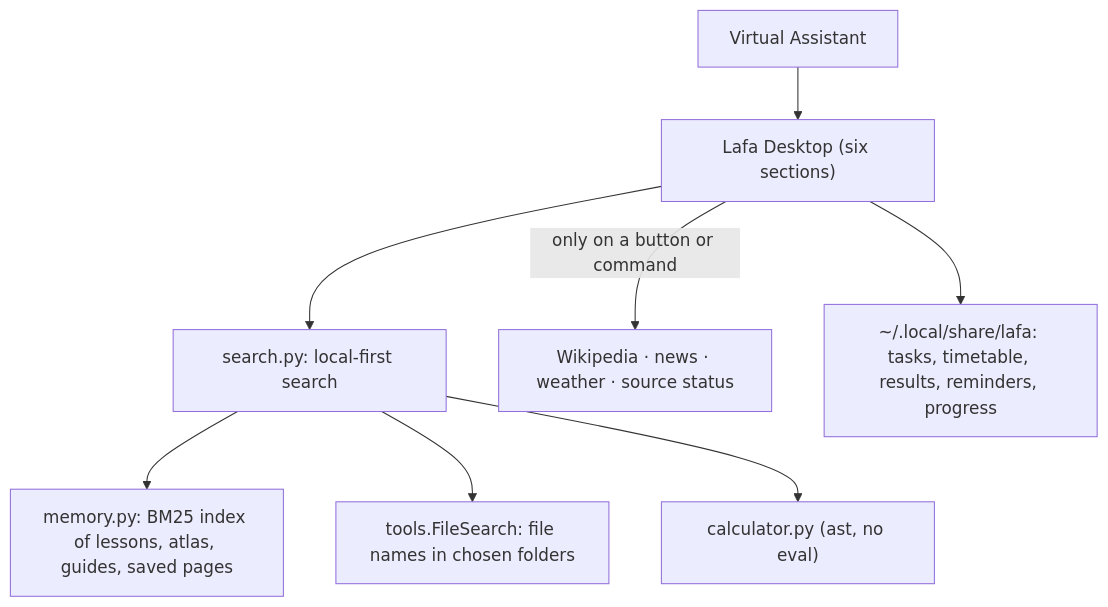
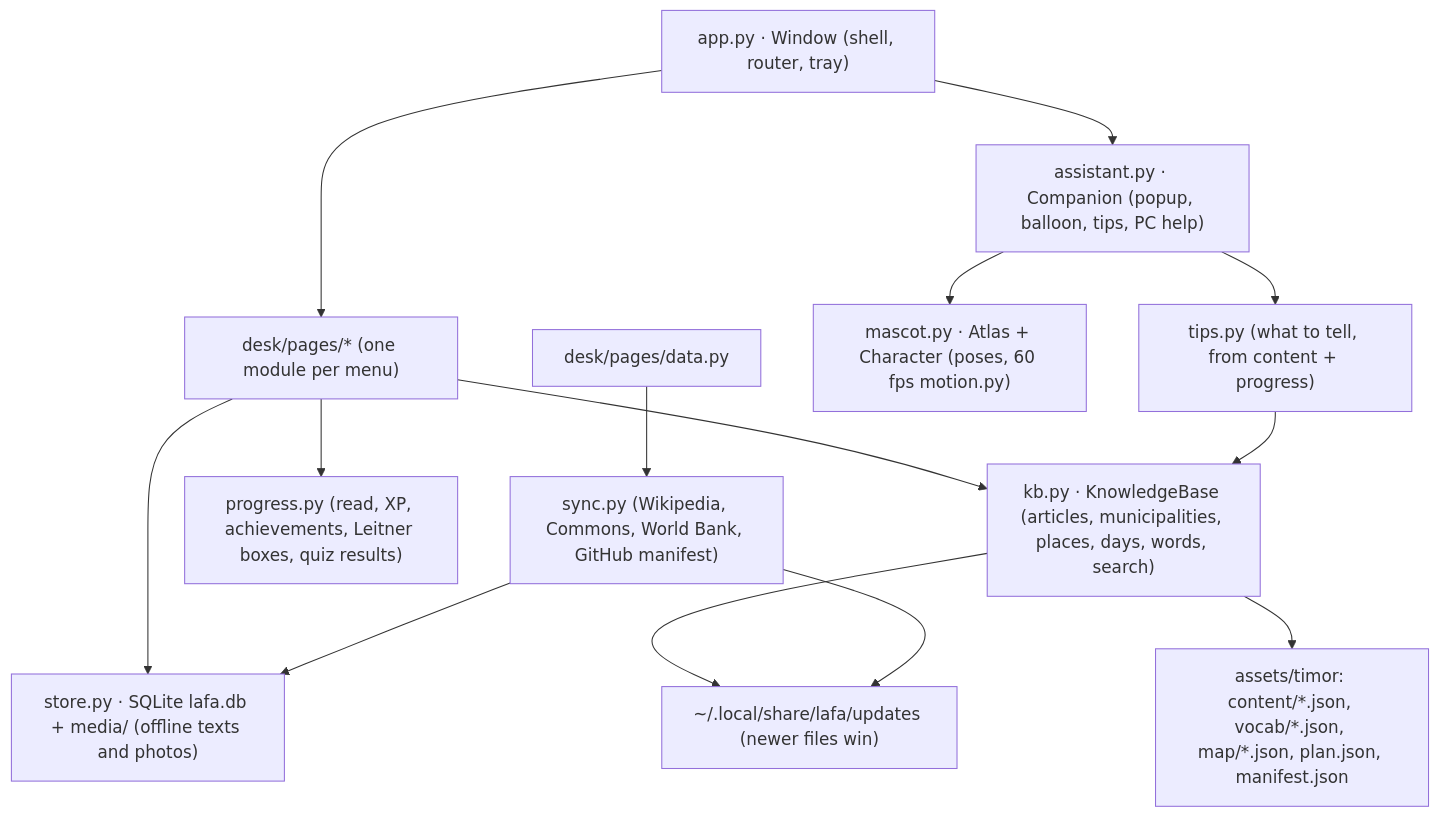
The diagram in docs/ARCHITECTURE.md (hugomonizdorego/Eduka-Lafa), drawn with Mermaid before and after one commit. The commit also changed other lines of this file and 146 other files, not shown here.

First line of the commit message:
WIP 0.3.0: tests, docs, packaging, assistant and store fixes [skip ci]

````diff
--- a/docs/ARCHITECTURE.md
+++ b/docs/ARCHITECTURE.md
@@ -8,10 +8,16 @@
 ```mermaid
 flowchart TD
-    Desktop["Lafa Desktop (six sections)"] --> Search["search.py: local-first search"]
-    Pet["Virtual Assistant"] --> Desktop
-    Search --> Memory["memory.py: BM25 index of lessons, atlas, guides, saved pages"]
-    Search --> Files["tools.FileSearch: file names in chosen folders"]
-    Search --> Calc["calculator.py (ast, no eval)"]
-    Desktop -->|"only on a button or command"| Internet["Wikipedia · news · weather · source status"]
-    Desktop --> Store["~/.local/share/lafa: tasks, timetable, results, reminders, progress"]
+    App["app.py · Window (shell, router, tray)"] --> Pages["desk/pages/* (one module per menu)"]
+    App --> VA["assistant.py · Companion (popup, balloon, tips, PC help)"]
+    VA --> Tips["tips.py (what to tell, from content + progress)"]
+    VA --> Char["mascot.py · Atlas + Character (poses, 60 fps motion.py)"]
+    Pages --> KB["kb.py · KnowledgeBase (articles, municipalities, places, days, words, search)"]
+    Tips --> KB
+    KB --> Assets["assets/timor: content/*.json, vocab/*.json, map/*.json, plan.json, manifest.json"]
+    KB --> Updates["~/.local/share/lafa/updates (newer files win)"]
+    Pages --> Progress["progress.py (read, XP, achievements, Leitner boxes, quiz results)"]
+    Pages --> Store["store.py · SQLite lafa.db + media/ (offline texts and photos)"]
+    Data["desk/pages/data.py"] --> Sync["sync.py (Wikipedia, Commons, World Bank, GitHub manifest)"]
+    Sync --> Store
+    Sync --> Updates
 ```
````
